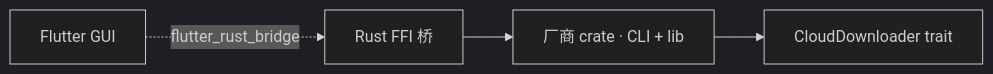
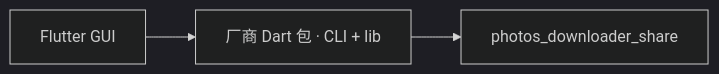
One commit to photos-downloader/photos_downloader changed the diagram in src/content/docs/architecture.md. Above: the diagram before and after it, drawn with Mermaid (dark theme). The commit also changed other lines of this file and 12 other files, not shown here.

First line of the commit message:
docs: document three-repo Dart architecture

````diff
--- a/src/content/docs/architecture.md
+++ b/src/content/docs/architecture.md
@@ -8,11 +8,9 @@
 ```mermaid
 flowchart LR
     GUI["Flutter GUI"]
-    BRIDGE["Rust FFI 桥"]
-    VENDORS["厂商 crate · CLI + lib"]
-    CORE["CloudDownloader trait"]
+    VENDORS["厂商 Dart 包 · CLI + lib"]
+    CORE["photos_downloader_share"]
 
-    GUI -.->|flutter_rust_bridge| BRIDGE
-    BRIDGE --> VENDORS
+    GUI --> VENDORS
     VENDORS --> CORE
 ```
````
